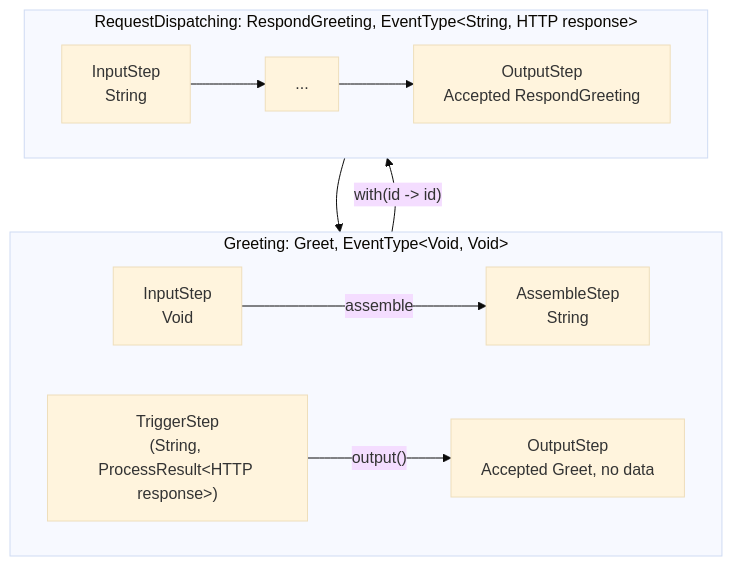
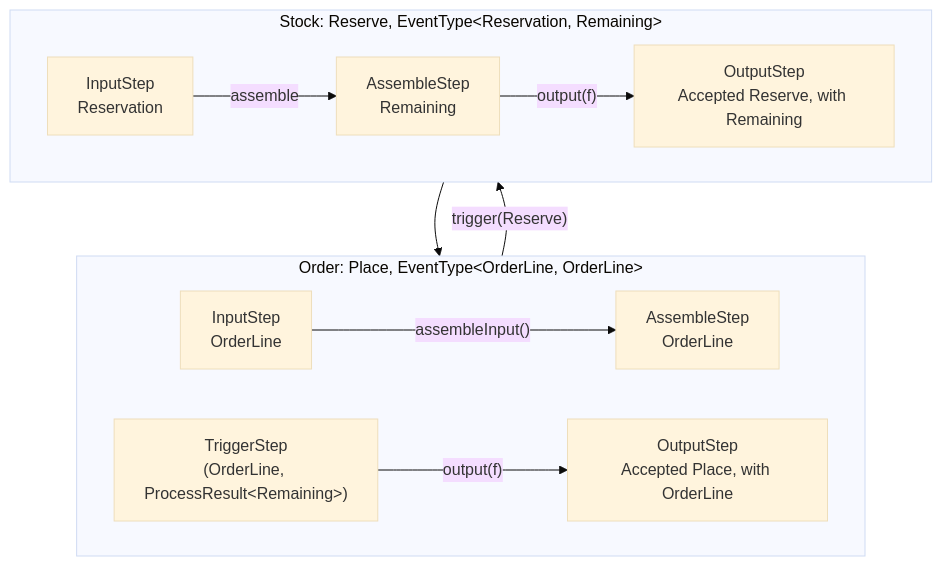
The third of 4 diagrams in docs/architecture.md (the-backend-project/tits), drawn with Mermaid (base theme) before and after one commit. The commit also changed other lines of this file and 1 other file, not shown here.

First line of the commit message:
Use a core-only example of a trigger and show the steps as a stack

````diff
--- a/docs/architecture.md
+++ b/docs/architecture.md
@@ -170,14 +191,15 @@
 ```mermaid
 flowchart TB
-    subgraph greeting ["Greeting: Greet, EventType#lt;Void, Void#gt;"]
+    subgraph order ["Order: Place, EventType#lt;OrderLine, OrderLine#gt;"]
         direction LR
-        g1["InputStep<br>Void"] -- "assemble" --> g2["AssembleStep<br>String"]
-        g3["TriggerStep<br>(String, ProcessResult#lt;HTTP response#gt;)"] -- "output()" --> g4["OutputStep<br>Accepted Greet, no data"]
+        o1["InputStep<br>OrderLine"] -- "assembleInput()" --> o2["AssembleStep<br>OrderLine"]
+        o3["TriggerStep<br>(OrderLine, ProcessResult#lt;Remaining#gt;)"] -- "output(f)" --> o4["OutputStep<br>Accepted Place, with OrderLine"]
     end
-    subgraph dispatching ["RequestDispatching: RespondGreeting, EventType#lt;String, HTTP response#gt;"]
+    subgraph stock ["Stock: Reserve, EventType#lt;Reservation, Remaining#gt;"]
         direction LR
-        d1["InputStep<br>String"] --> d2["..."] --> d3["OutputStep<br>Accepted RespondGreeting"]
+        s1["InputStep<br>Reservation"] -- "assemble" --> s2["AssembleStep<br>Remaining"]
+        s2 -- "output(f)" --> s3["OutputStep<br>Accepted Reserve, with Remaining"]
     end
-    g2 -- "with(id -> id)" --> d1
-    d3 --> g3
+    o2 -- "trigger(Reserve)" --> s1
+    s3 --> o3
 ```
````
